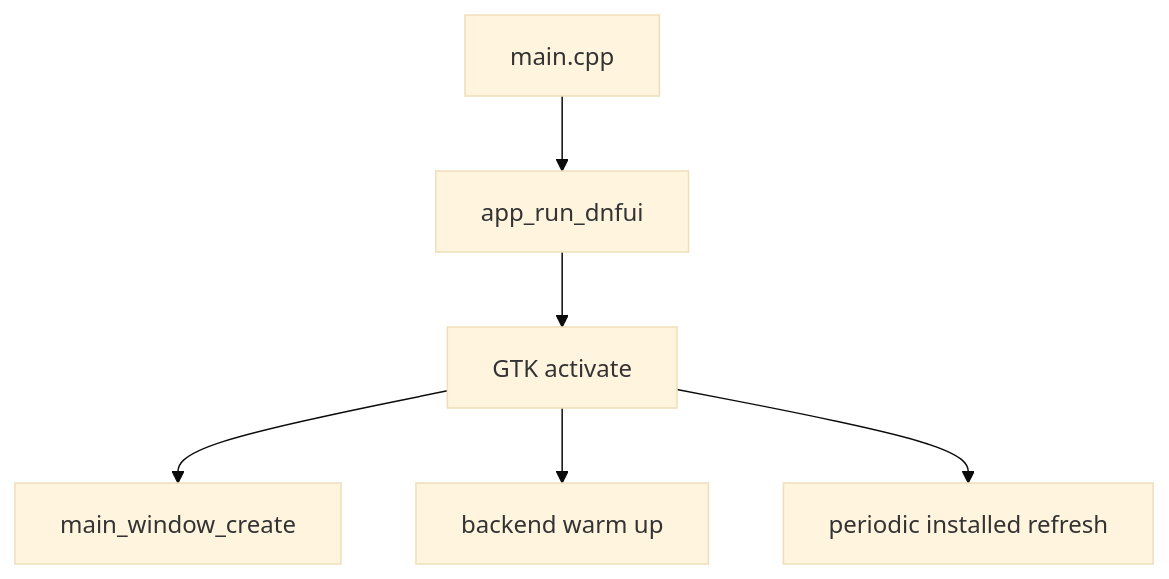
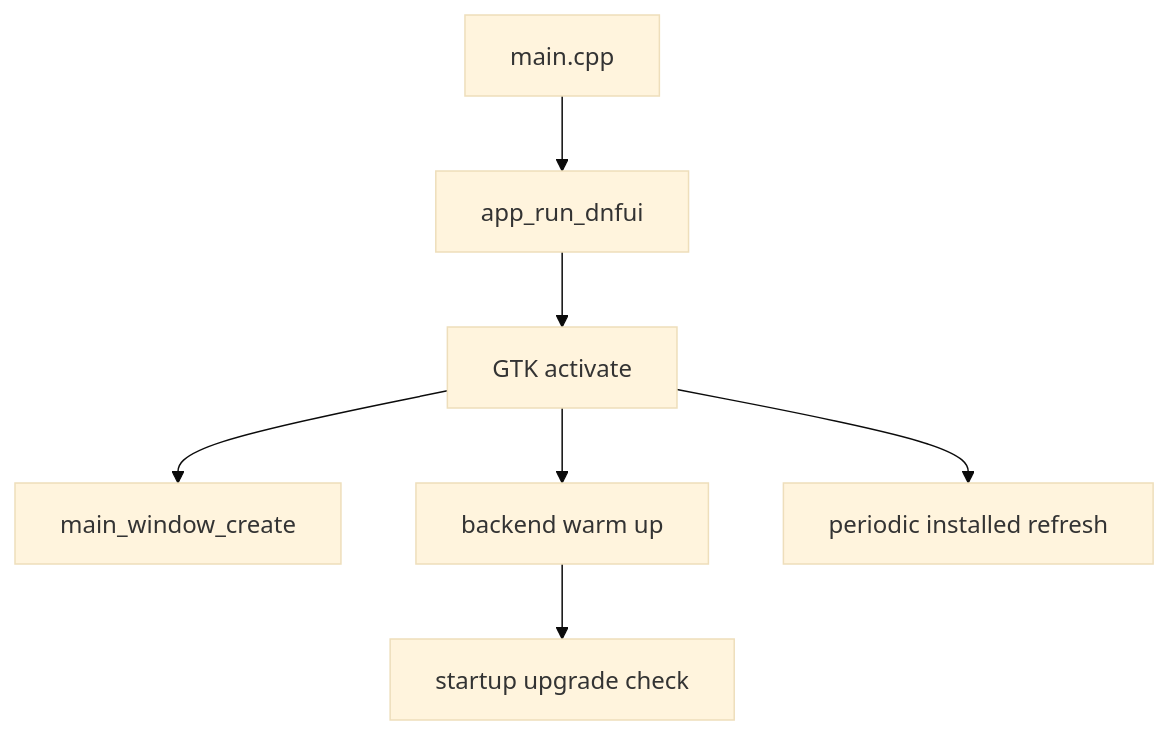
The second of 4 diagrams in docs/architecture.md (ErikMN/dnf_ui), drawn with Mermaid (base theme) before and after one commit. The commit also changed other lines of this file and 16 other files, not shown here.

First line of the commit message:
FEATURE: Show startup upgrade count on List Upgradable

````diff
--- a/docs/architecture.md
+++ b/docs/architecture.md
@@ -105,8 +108,9 @@
 ```mermaid
 flowchart TD
     Main[main.cpp] --> Run[app_run_dnfui]
     Run --> Activate[GTK activate]
     Activate --> Window[main_window_create]
     Activate --> Warmup[backend warm up]
     Activate --> Refresh[periodic installed refresh]
+    Warmup --> UpgradeCheck[startup upgrade check]
 ```
````
